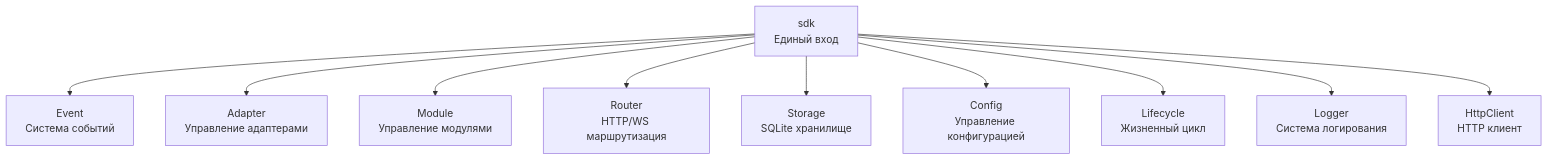
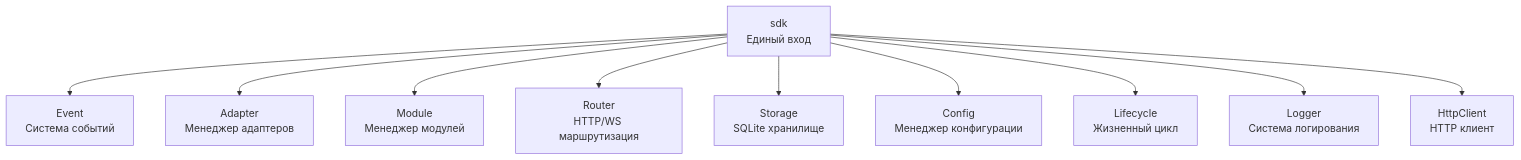
The second of 2 diagrams in README.ru.md (ErisPulse/ErisPulse), drawn with Mermaid before and after one commit. The commit also changed other lines of this file and 251 other files, not shown here.

````diff
--- a/README.ru.md
+++ b/README.ru.md
@@ -504,14 +520,14 @@
 ```mermaid
 graph TB
     SDK["sdk<br/>Единый вход"]
 
     SDK --> Event["Event<br/>Система событий"]
-    SDK --> AdapterMgr["Adapter<br/>Управление адаптерами"]
-    SDK --> ModuleMgr["Module<br/>Управление модулями"]
+    SDK --> AdapterMgr["Adapter<br/>Менеджер адаптеров"]
+    SDK --> ModuleMgr["Module<br/>Менеджер модулей"]
     SDK --> Router["Router<br/>HTTP/WS маршрутизация"]
     SDK --> Storage["Storage<br/>SQLite хранилище"]
-    SDK --> Config["Config<br/>Управление конфигурацией"]
+    SDK --> Config["Config<br/>Менеджер конфигурации"]
     SDK --> Lifecycle["Lifecycle<br/>Жизненный цикл"]
     SDK --> Logger["Logger<br/>Система логирования"]
     SDK --> Client["HttpClient<br/>HTTP клиент"]
 ```
````
